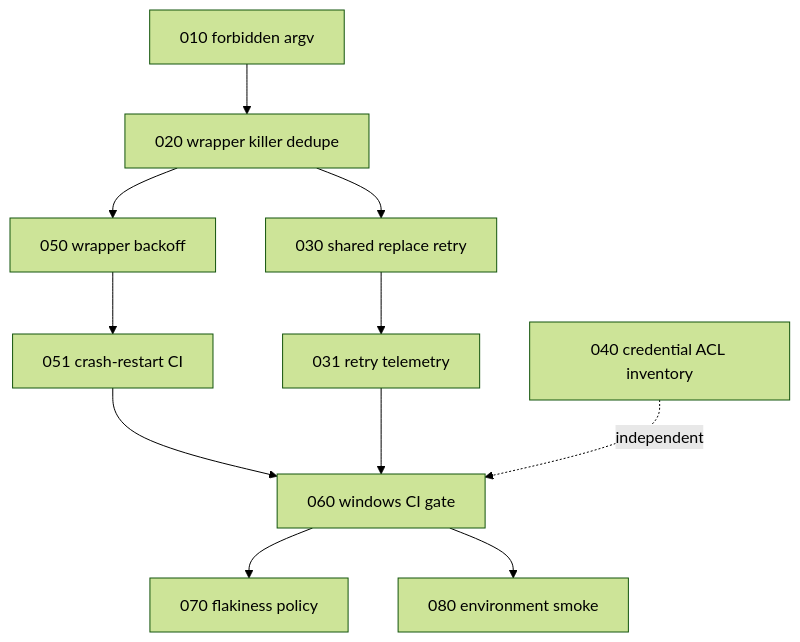
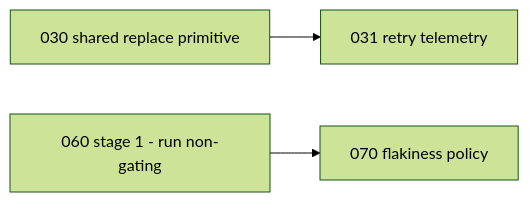
The diagram in devlog/_plan/260817_windows_stability_program/002_sequencing.md (canyexuanfan/opencodex-Windows-desktop), drawn with Mermaid (forest theme) before and after one commit. The commit also changed other lines of this file and 11 other files, not shown here.

````diff
--- a/devlog/_plan/260817_windows_stability_program/002_sequencing.md
+++ b/devlog/_plan/260817_windows_stability_program/002_sequencing.md
@@ -5,13 +13,5 @@
 ```mermaid
-graph TD
-  A["010 forbidden argv"] --> B["020 wrapper killer dedupe"]
-  B --> C["030 shared replace retry"]
-  C --> D["031 retry telemetry"]
-  B --> E["050 wrapper backoff"]
-  E --> F["051 crash-restart CI"]
-  F --> G["060 windows CI gate"]
-  D --> G
-  G --> H["070 flakiness policy"]
-  G --> I["080 environment smoke"]
-  J["040 credential ACL inventory"] -.independent.-> G
+graph LR
+  A["030 shared replace primitive"] --> B["031 retry telemetry"]
+  C["060 stage 1 - run non-gating"] --> D["070 flakiness policy"]
 ```
````
